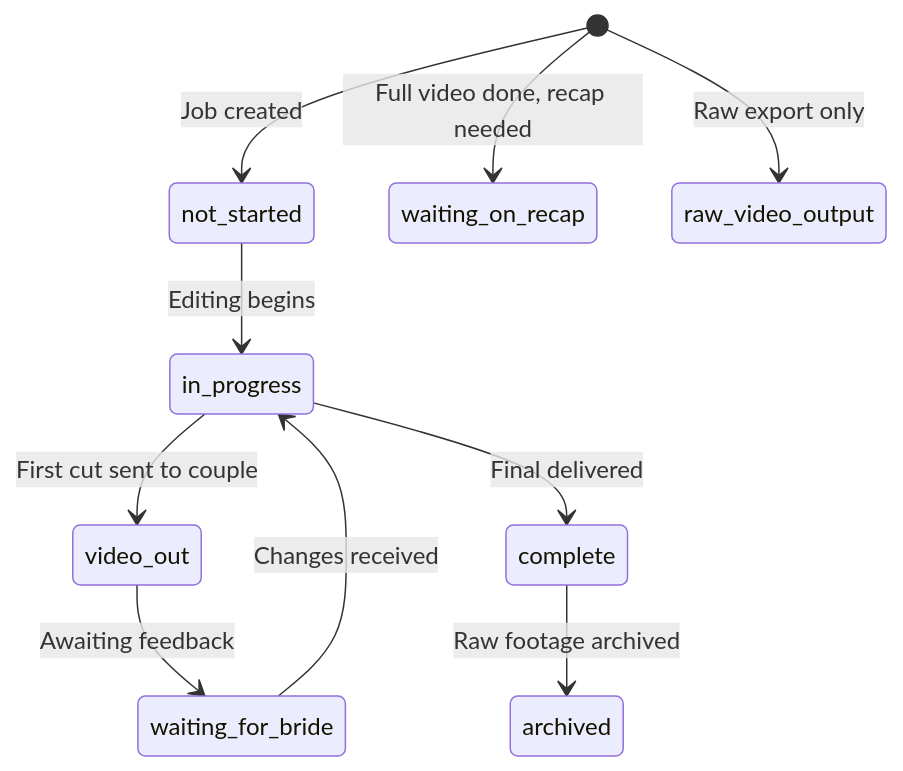
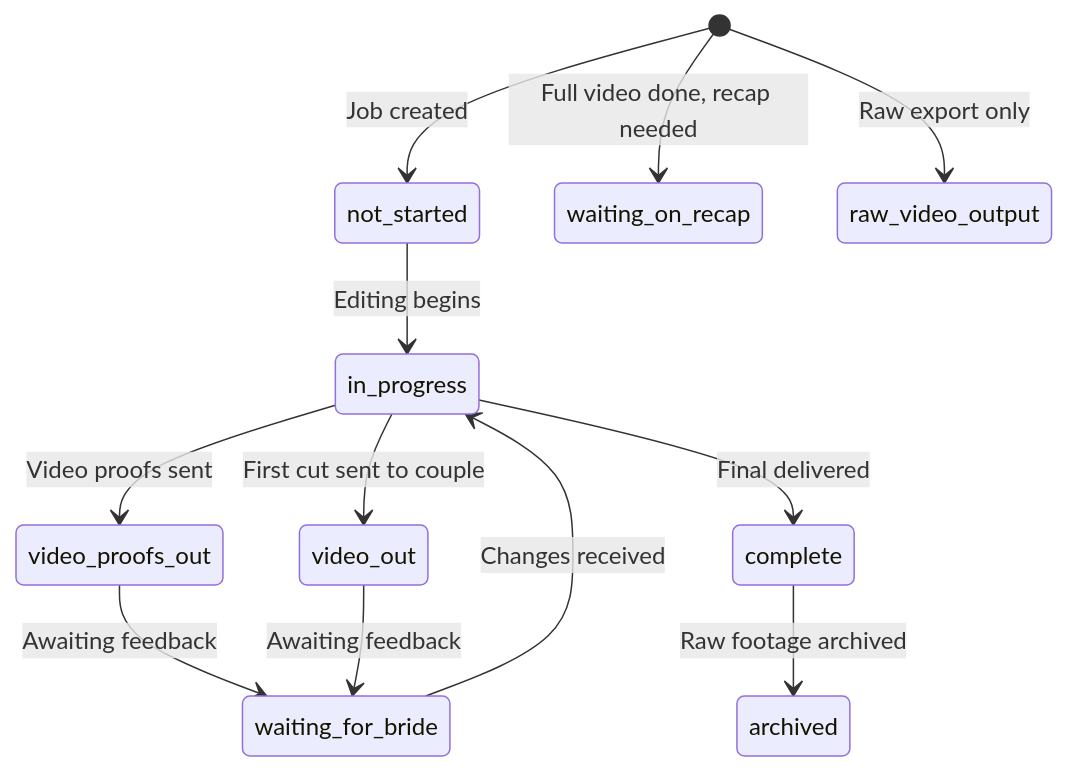
The third of 6 diagrams in docs/STATE-MACHINES.md (jeanmarcotte/studioflow), drawn with Mermaid before and after one commit. The commit also changed other lines of this file and 7 other files, not shown here.

````diff
--- a/docs/STATE-MACHINES.md
+++ b/docs/STATE-MACHINES.md
@@ -68,12 +68,14 @@
 ```mermaid
 stateDiagram-v2
     [*] --> not_started : Job created
     not_started --> in_progress : Editing begins
     in_progress --> video_out : First cut sent to couple
+    in_progress --> video_proofs_out : Video proofs sent
+    video_proofs_out --> waiting_for_bride : Awaiting feedback
     video_out --> waiting_for_bride : Awaiting feedback
     waiting_for_bride --> in_progress : Changes received
     in_progress --> complete : Final delivered
     complete --> archived : Raw footage archived
     [*] --> waiting_on_recap : Full video done, recap needed
     [*] --> raw_video_output : Raw export only
 ```
````
